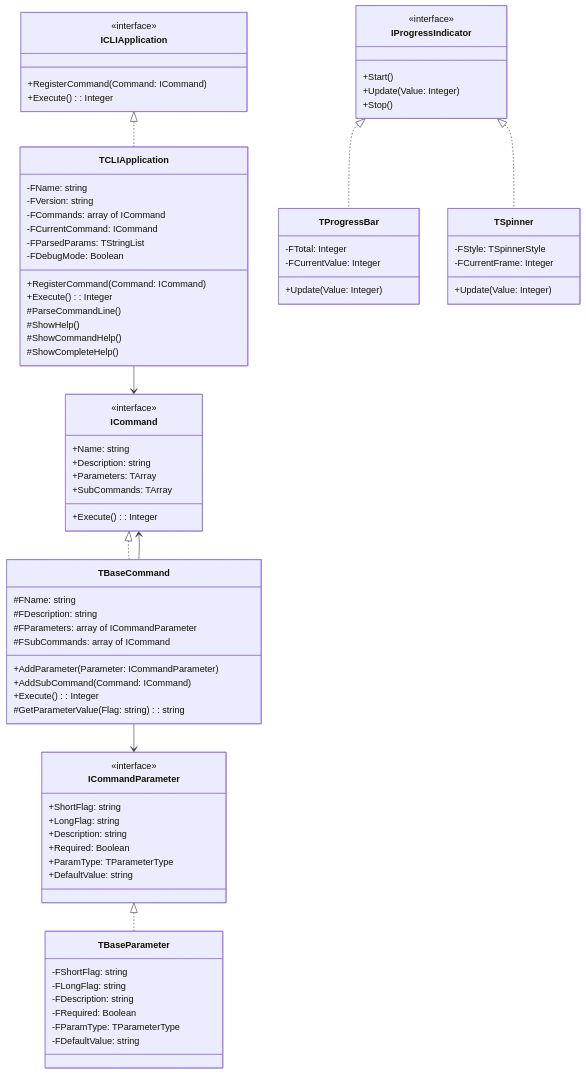
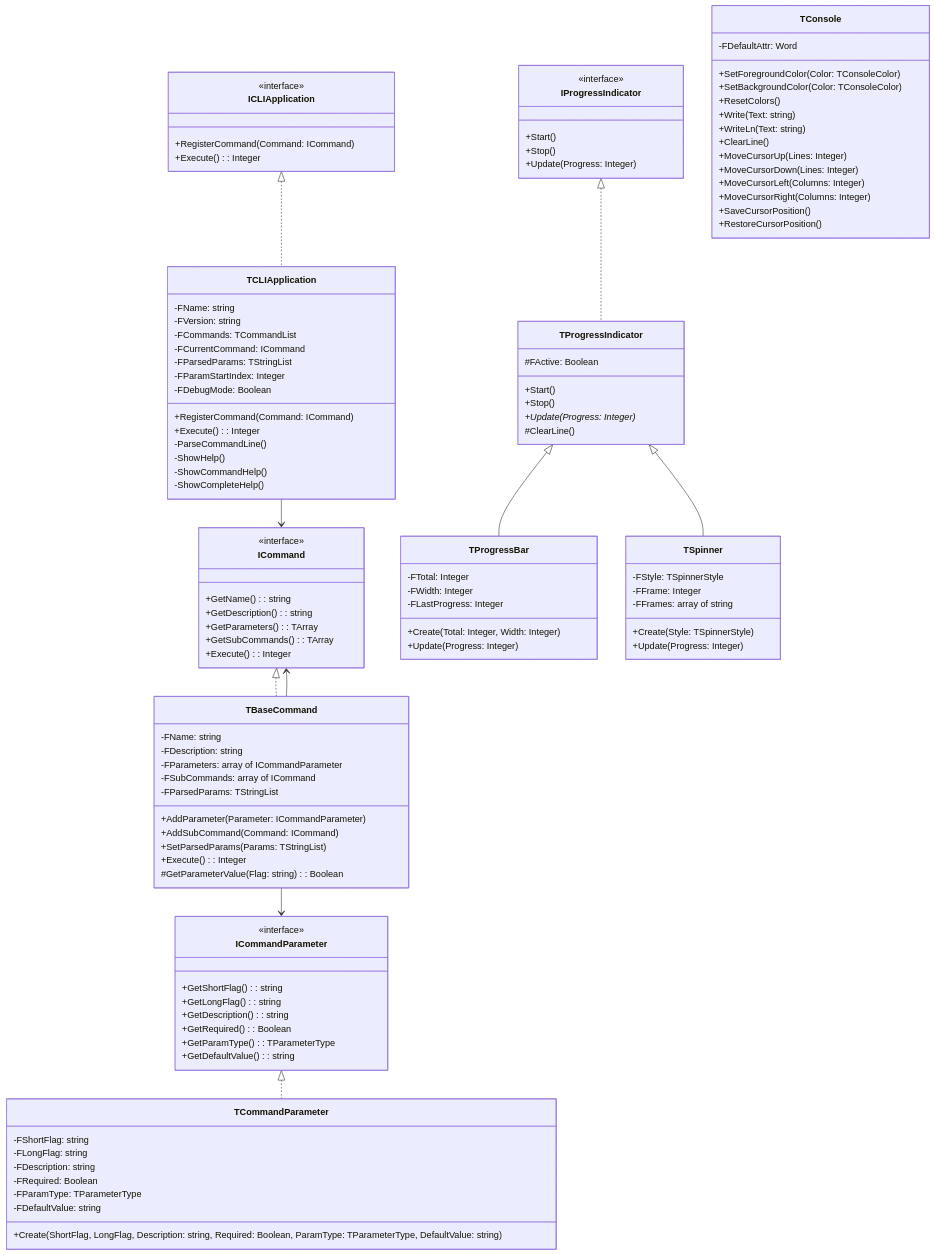
The diagram in docs/technical-docs.md (ikelaiah/cli-fp), drawn with Mermaid before and after one commit. The commit also changed other lines of this file and 1 other file, not shown here.

```diff
--- a/docs/technical-docs.md
+++ b/docs/technical-docs.md
@@ -16,82 +14,115 @@
     
     class ICommand {
         <<interface>>
-        +Name: string
-        +Description: string
-        +Parameters: TArray<ICommandParameter>
-        +SubCommands: TArray<ICommand>
+        +GetName(): string
+        +GetDescription(): string
+        +GetParameters(): TArray<ICommandParameter>
+        +GetSubCommands(): TArray<ICommand>
         +Execute(): Integer
     }
     
     class ICommandParameter {
         <<interface>>
-        +ShortFlag: string
-        +LongFlag: string
-        +Description: string
-        +Required: Boolean
-        +ParamType: TParameterType
-        +DefaultValue: string
+        +GetShortFlag(): string
+        +GetLongFlag(): string
+        +GetDescription(): string
+        +GetRequired(): Boolean
+        +GetParamType(): TParameterType
+        +GetDefaultValue(): string
     }
     
     class IProgressIndicator {
         <<interface>>
         +Start()
-        +Update(Value: Integer)
         +Stop()
+        +Update(Progress: Integer)
     }
     
     class TCLIApplication {
         -FName: string
         -FVersion: string
-        -FCommands: array of ICommand
+        -FCommands: TCommandList
         -FCurrentCommand: ICommand
         -FParsedParams: TStringList
+        -FParamStartIndex: Integer
         -FDebugMode: Boolean
         +RegisterCommand(Command: ICommand)
         +Execute(): Integer
-        #ParseCommandLine()
-        #ShowHelp()
-        #ShowCommandHelp()
-        #ShowCompleteHelp()
+        -ParseCommandLine()
+        -ShowHelp()
+        -ShowCommandHelp()
+        -ShowCompleteHelp()
     }
     
     class TBaseCommand {
-        #FName: string
-        #FDescription: string
-        #FParameters: array of ICommandParameter
-        #FSubCommands: array of ICommand
+        -FName: string
+        -FDescription: string
+        -FParameters: array of ICommandParameter
+        -FSubCommands: array of ICommand
+        -FParsedParams: TStringList
         +AddParameter(Parameter: ICommandParameter)
         +AddSubCommand(Command: ICommand)
+        +SetParsedParams(Params: TStringList)
         +Execute(): Integer
-        #GetParameterValue(Flag: string): string
+        #GetParameterValue(Flag: string): Boolean
     }
     
-    class TBaseParameter {
+    class TCommandParameter {
         -FShortFlag: string
         -FLongFlag: string
         -FDescription: string
         -FRequired: Boolean
         -FParamType: TParameterType
         -FDefaultValue: string
+        +Create(ShortFlag, LongFlag, Description: string, Required: Boolean, ParamType: TParameterType, DefaultValue: string)
+    }
+    
+    class TProgressIndicator {
+        #FActive: Boolean
+        +Start()
+        +Stop()
+        +Update(Progress: Integer)*
+        #ClearLine()
     }
     
     class TProgressBar {
         -FTotal: Integer
-        -FCurrentValue: Integer
-        +Update(Value: Integer)
+        -FWidth: Integer
+        -FLastProgress: Integer
+        +Create(Total: Integer, Width: Integer)
+        +Update(Progress: Integer)
     }
     
     class TSpinner {
         -FStyle: TSpinnerStyle
-        -FCurrentFrame: Integer
-        +Update(Value: Integer)
+        -FFrame: Integer
+        -FFrames: array of string
+        +Create(Style: TSpinnerStyle)
+        +Update(Progress: Integer)
+    }
+
+    class TConsole {
+        -FDefaultAttr: Word
+        +SetForegroundColor(Color: TConsoleColor)
+        +SetBackgroundColor(Color: TConsoleColor)
+        +ResetColors()
+        +Write(Text: string)
+        +WriteLn(Text: string)
+        +ClearLine()
+        +MoveCursorUp(Lines: Integer)
+        +MoveCursorDown(Lines: Integer)
+        +MoveCursorLeft(Columns: Integer)
+        +MoveCursorRight(Columns: Integer)
+        +SaveCursorPosition()
+        +RestoreCursorPosition()
     }
 
     ICLIApplication <|.. TCLIApplication
     ICommand <|.. TBaseCommand
-    ICommandParameter <|.. TBaseParameter
-    IProgressIndicator <|.. TProgressBar
-    IProgressIndicator <|.. TSpinner
+    ICommandParameter <|.. TCommandParameter
+    IProgressIndicator <|.. TProgressIndicator
+    TProgressIndicator <|-- TProgressBar
+    TProgressIndicator <|-- TSpinner
     
     TCLIApplication --> ICommand
     TBaseCommand --> ICommandParameter
```
